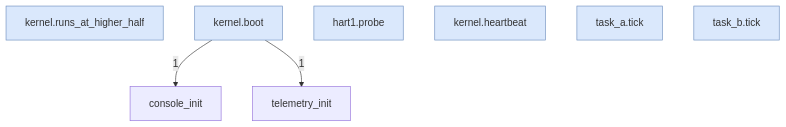
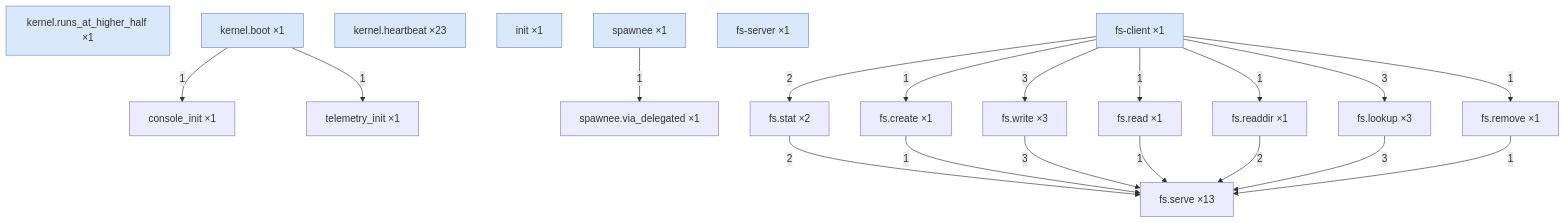
The diagram in docs/generated/trace.md (chloebrett/snitchos), drawn with Mermaid before and after one commit. The commit also changed other lines of this file and 8 other files, not shown here.

Commit message:
Diagram pngs.

````diff
--- a/docs/generated/trace.md
+++ b/docs/generated/trace.md
@@ -5,15 +7,40 @@
 ```mermaid
 graph TD
-    kernel_runs_at_higher_half["kernel.runs_at_higher_half"]
-    kernel_boot["kernel.boot"]
-    console_init["console_init"]
-    telemetry_init["telemetry_init"]
-    hart1_probe["hart1.probe"]
-    kernel_heartbeat["kernel.heartbeat"]
-    task_a_tick["task_a.tick"]
-    task_b_tick["task_b.tick"]
+    kernel_runs_at_higher_half["kernel.runs_at_higher_half ×1"]
+    kernel_boot["kernel.boot ×1"]
+    console_init["console_init ×1"]
+    telemetry_init["telemetry_init ×1"]
+    kernel_heartbeat["kernel.heartbeat ×23"]
+    init["init ×1"]
+    spawnee["spawnee ×1"]
+    spawnee_via_delegated["spawnee.via_delegated ×1"]
+    fs_server["fs-server ×1"]
+    fs_client["fs-client ×1"]
+    fs_stat["fs.stat ×2"]
+    fs_serve["fs.serve ×13"]
+    fs_create["fs.create ×1"]
+    fs_write["fs.write ×3"]
+    fs_read["fs.read ×1"]
+    fs_readdir["fs.readdir ×1"]
+    fs_lookup["fs.lookup ×3"]
+    fs_remove["fs.remove ×1"]
     kernel_boot -->|1| console_init
     kernel_boot -->|1| telemetry_init
+    spawnee -->|1| spawnee_via_delegated
+    fs_client -->|2| fs_stat
+    fs_stat -->|2| fs_serve
+    fs_client -->|1| fs_create
+    fs_create -->|1| fs_serve
+    fs_client -->|3| fs_write
+    fs_write -->|3| fs_serve
+    fs_client -->|1| fs_read
+    fs_read -->|1| fs_serve
+    fs_client -->|1| fs_readdir
+    fs_readdir -->|2| fs_serve
+    fs_client -->|3| fs_lookup
+    fs_lookup -->|3| fs_serve
+    fs_client -->|1| fs_remove
+    fs_remove -->|1| fs_serve
     classDef root fill:#dae8fc,stroke:#6c8ebf;
-    class kernel_runs_at_higher_half,kernel_boot,hart1_probe,kernel_heartbeat,task_a_tick,task_b_tick root;
+    class kernel_runs_at_higher_half,kernel_boot,kernel_heartbeat,init,spawnee,fs_server,fs_client root;
 ```
````
